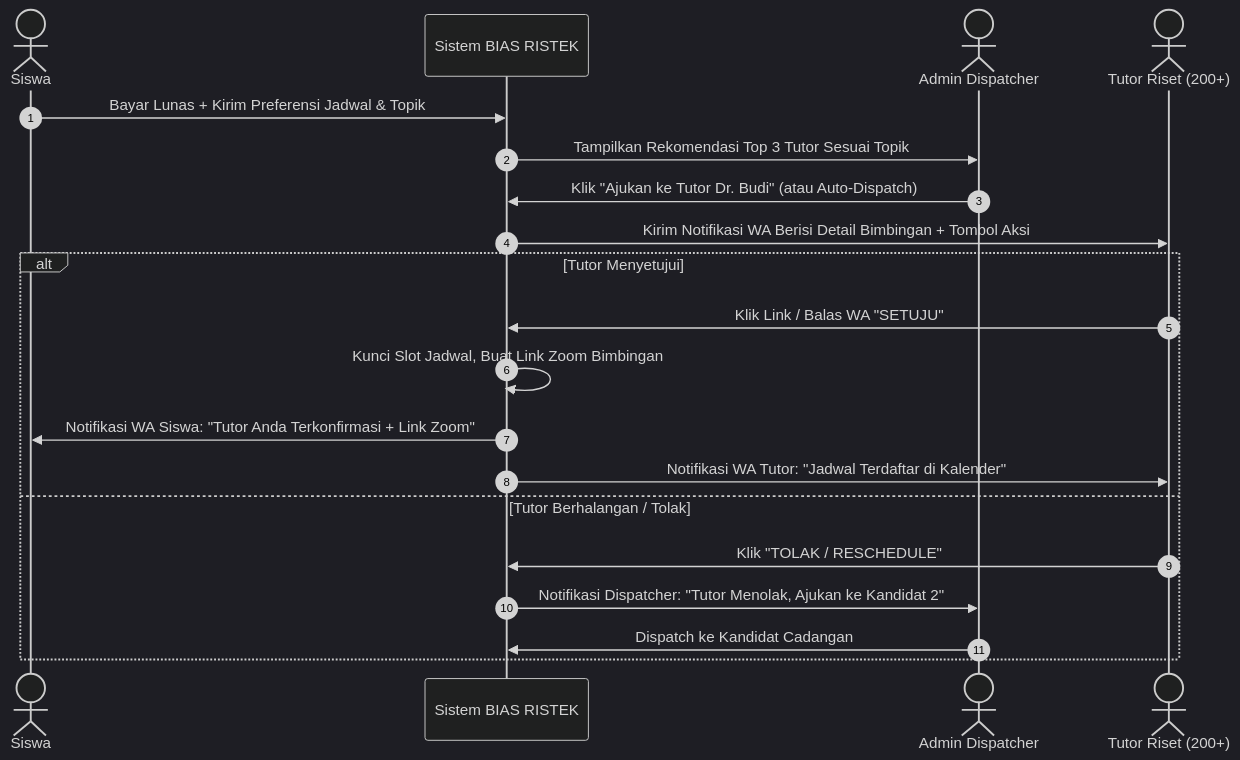
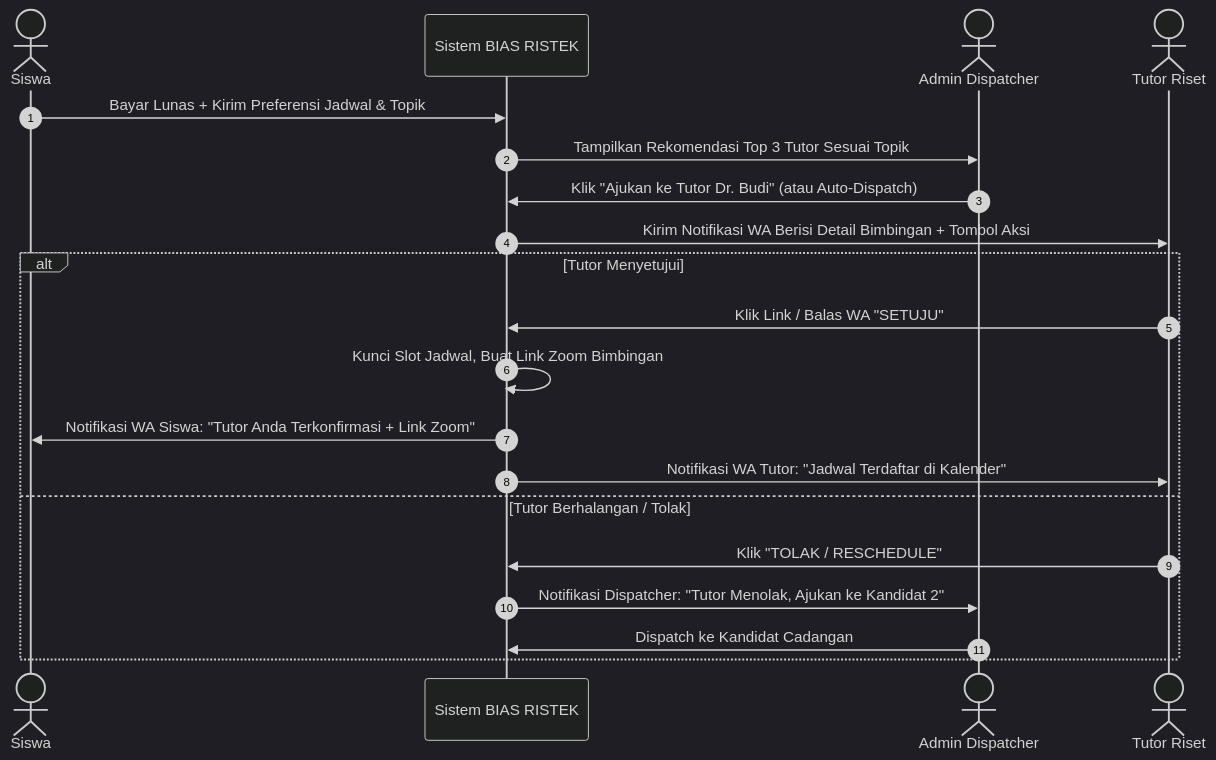
Before and after one commit to chocolatecodelab/sahabat-belajar-app: the third of 5 diagrams in PRD.md, drawn with Mermaid (dark theme). The commit also changed other lines of this file and 51 other files, not shown here.

````diff
--- a/PRD.md
+++ b/PRD.md
@@ -334,23 +334,23 @@
 ```mermaid
 sequenceDiagram
     autonumber
     actor S as Siswa
     participant Sys as Sistem BIAS RISTEK
     actor Adm as Admin Dispatcher
-    actor T as Tutor Riset (200+)
+    actor T as Tutor Riset
 
     S->>Sys: Bayar Lunas + Kirim Preferensi Jadwal & Topik
     Sys->>Adm: Tampilkan Rekomendasi Top 3 Tutor Sesuai Topik
     Adm->>Sys: Klik "Ajukan ke Tutor Dr. Budi" (atau Auto-Dispatch)
     Sys->>T: Kirim Notifikasi WA Berisi Detail Bimbingan + Tombol Aksi
     alt Tutor Menyetujui
         T->>Sys: Klik Link / Balas WA "SETUJU"
         Sys->>Sys: Kunci Slot Jadwal, Buat Link Zoom Bimbingan
         Sys->>S: Notifikasi WA Siswa: "Tutor Anda Terkonfirmasi + Link Zoom"
         Sys->>T: Notifikasi WA Tutor: "Jadwal Terdaftar di Kalender"
     else Tutor Berhalangan / Tolak
         T->>Sys: Klik "TOLAK / RESCHEDULE"
         Sys->>Adm: Notifikasi Dispatcher: "Tutor Menolak, Ajukan ke Kandidat 2"
         Adm->>Sys: Dispatch ke Kandidat Cadangan
     end
 ```
````
